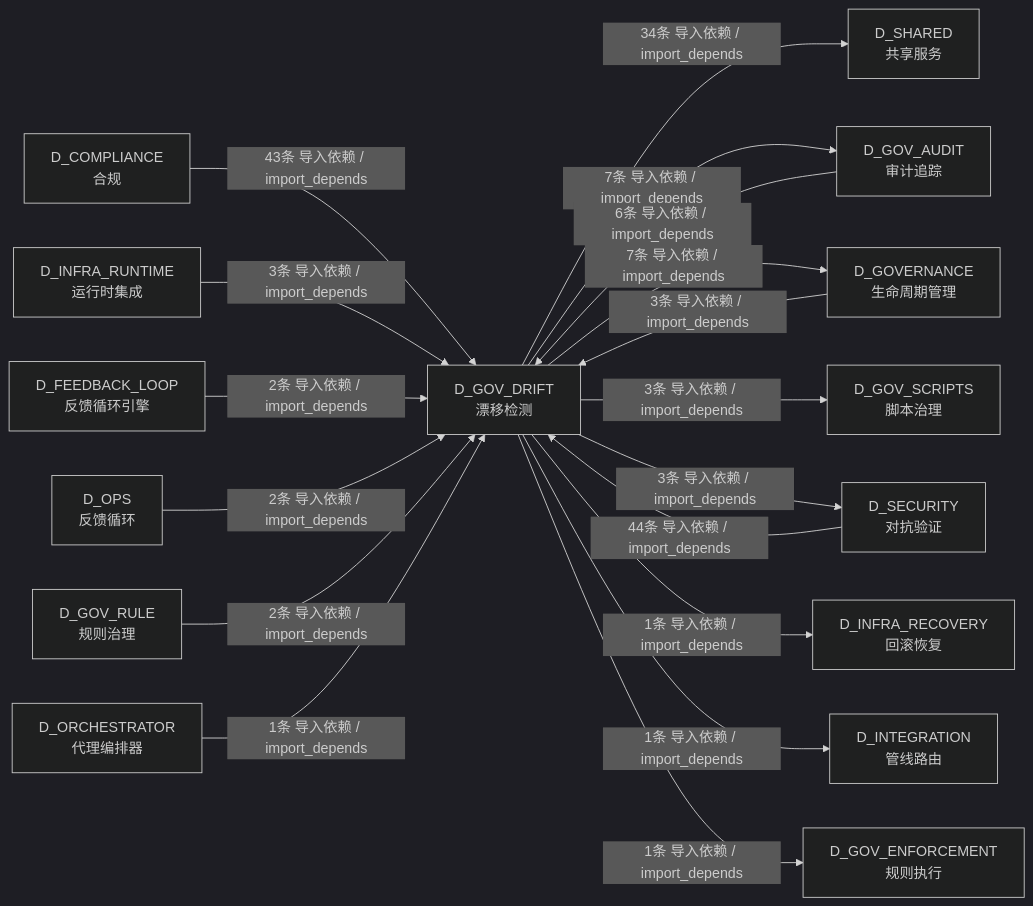
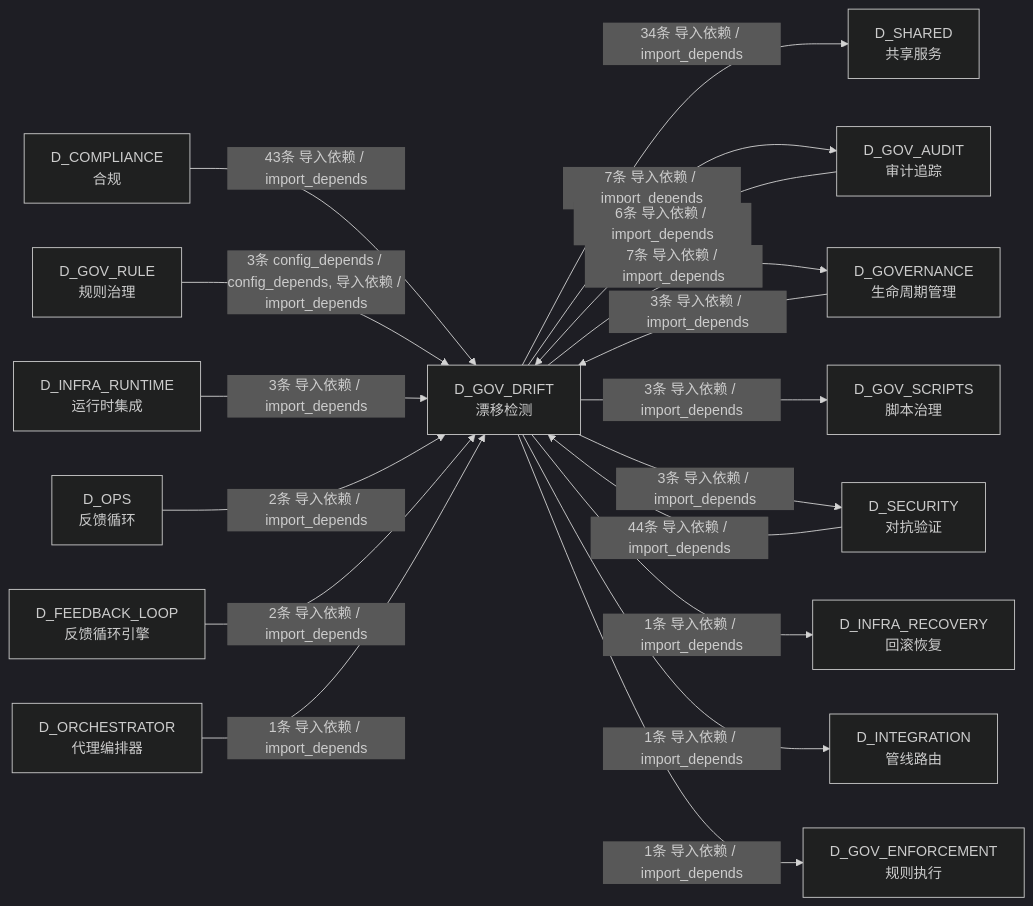
Before and after one commit to xuanFelixVan/ZephyrAlpha: the sixth of 6 diagrams in docs/02_enterprise_architecture/02_domain_architecture_docs/52_d_gov_drift.md, drawn with Mermaid (dark theme). The commit also changed other lines of this file and 48 other files, not shown here.

````diff
--- a/docs/02_enterprise_architecture/02_domain_architecture_docs/52_d_gov_drift.md
+++ b/docs/02_enterprise_architecture/02_domain_architecture_docs/52_d_gov_drift.md
@@ -730,35 +731,35 @@
 ```mermaid
 graph LR
     D_GOV_DRIFT["D_GOV_DRIFT<br/>漂移检测"]
     D_SHARED["D_SHARED<br/>共享服务"]
     D_GOV_AUDIT["D_GOV_AUDIT<br/>审计追踪"]
     D_GOVERNANCE["D_GOVERNANCE<br/>生命周期管理"]
     D_GOV_SCRIPTS["D_GOV_SCRIPTS<br/>脚本治理"]
     D_SECURITY["D_SECURITY<br/>对抗验证"]
     D_INFRA_RECOVERY["D_INFRA_RECOVERY<br/>回滚恢复"]
     D_INTEGRATION["D_INTEGRATION<br/>管线路由"]
     D_GOV_ENFORCEMENT["D_GOV_ENFORCEMENT<br/>规则执行"]
     D_COMPLIANCE["D_COMPLIANCE<br/>合规"]
+    D_GOV_RULE["D_GOV_RULE<br/>规则治理"]
     D_INFRA_RUNTIME["D_INFRA_RUNTIME<br/>运行时集成"]
+    D_OPS["D_OPS<br/>反馈循环"]
     D_FEEDBACK_LOOP["D_FEEDBACK_LOOP<br/>反馈循环引擎"]
-    D_OPS["D_OPS<br/>反馈循环"]
-    D_GOV_RULE["D_GOV_RULE<br/>规则治理"]
     D_ORCHESTRATOR["D_ORCHESTRATOR<br/>代理编排器"]
     D_GOV_DRIFT -->|34条 导入依赖 / import_depends| D_SHARED
     D_GOV_DRIFT -->|7条 导入依赖 / import_depends| D_GOV_AUDIT
     D_GOV_DRIFT -->|7条 导入依赖 / import_depends| D_GOVERNANCE
     D_GOV_DRIFT -->|3条 导入依赖 / import_depends| D_GOV_SCRIPTS
     D_GOV_DRIFT -->|3条 导入依赖 / import_depends| D_SECURITY
     D_GOV_DRIFT -->|1条 导入依赖 / import_depends| D_INFRA_RECOVERY
     D_GOV_DRIFT -->|1条 导入依赖 / import_depends| D_INTEGRATION
     D_GOV_DRIFT -->|1条 导入依赖 / import_depends| D_GOV_ENFORCEMENT
     D_SECURITY -->|44条 导入依赖 / import_depends| D_GOV_DRIFT
     D_COMPLIANCE -->|43条 导入依赖 / import_depends| D_GOV_DRIFT
     D_GOV_AUDIT -->|6条 导入依赖 / import_depends| D_GOV_DRIFT
+    D_GOV_RULE -->|3条 config_depends / config_depends, 导入依赖 / import_depends| D_GOV_DRIFT
+    D_GOVERNANCE -->|3条 导入依赖 / import_depends| D_GOV_DRIFT
     D_INFRA_RUNTIME -->|3条 导入依赖 / import_depends| D_GOV_DRIFT
-    D_GOVERNANCE -->|3条 导入依赖 / import_depends| D_GOV_DRIFT
+    D_OPS -->|2条 导入依赖 / import_depends| D_GOV_DRIFT
     D_FEEDBACK_LOOP -->|2条 导入依赖 / import_depends| D_GOV_DRIFT
-    D_OPS -->|2条 导入依赖 / import_depends| D_GOV_DRIFT
-    D_GOV_RULE -->|2条 导入依赖 / import_depends| D_GOV_DRIFT
     D_ORCHESTRATOR -->|1条 导入依赖 / import_depends| D_GOV_DRIFT
 ```
````
